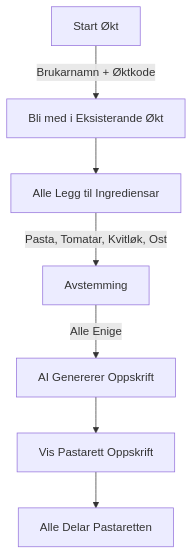
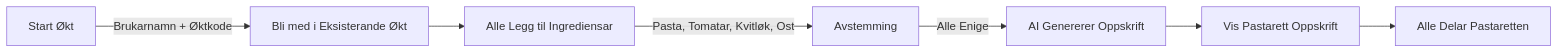
One commit to lukketsvane/piknik changed the second of 3 diagrams in README.md. Above: the diagram before and after it, drawn with Mermaid. The commit also changed other lines of this file, not shown here.

````diff
--- a/README.md
+++ b/README.md
@@ -108,9 +108,9 @@
 ```mermaid
-graph TD
+graph LR
     A[Start Økt] -->|Brukarnamn + Øktkode| B[Bli med i Eksisterande Økt]
     B --> C[Alle Legg til Ingrediensar]
     C -->|Pasta, Tomatar, Kvitløk, Ost| D[Avstemming]
     D -->|Alle Enige| E[AI Genererer Oppskrift]
     E --> F[Vis Pastarett Oppskrift]
     F --> G[Alle Delar Pastaretten]
 ```
````
